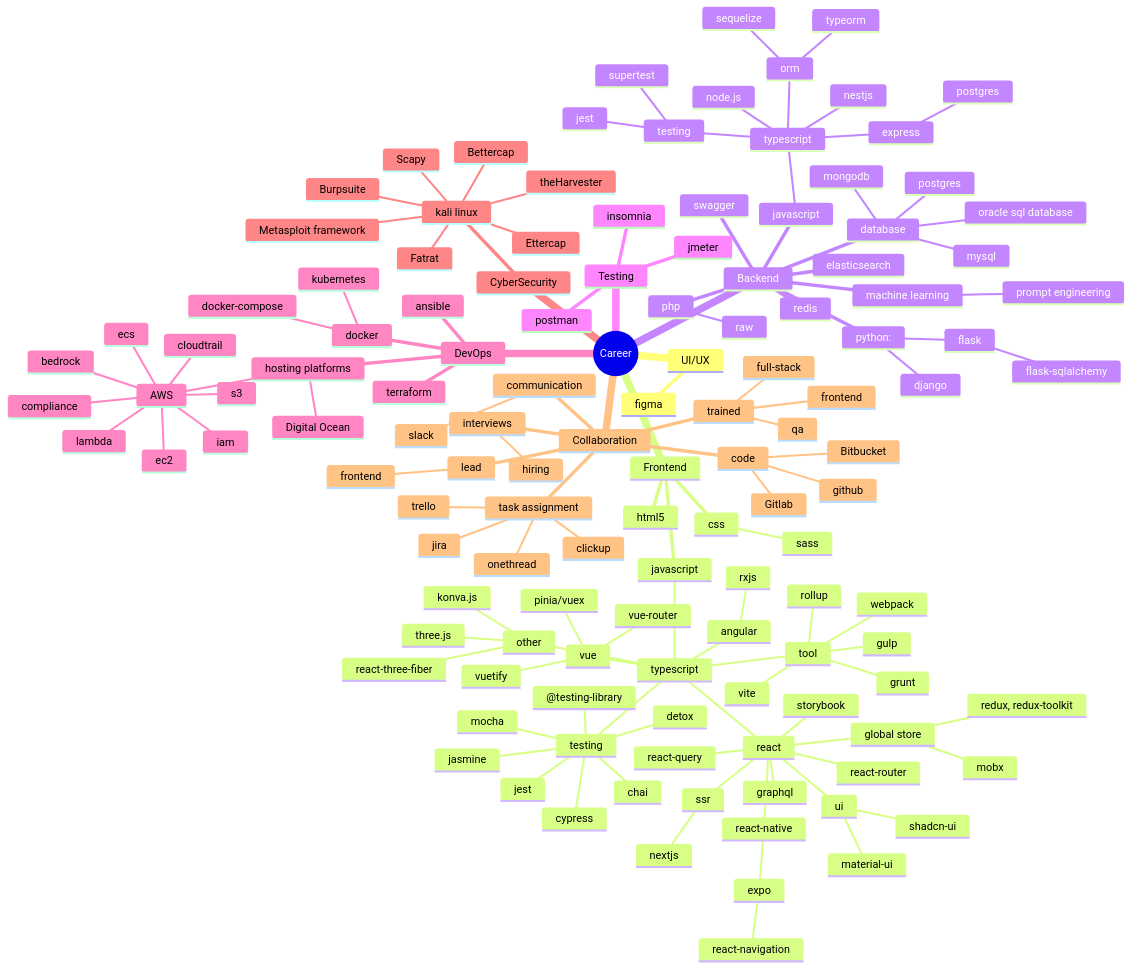
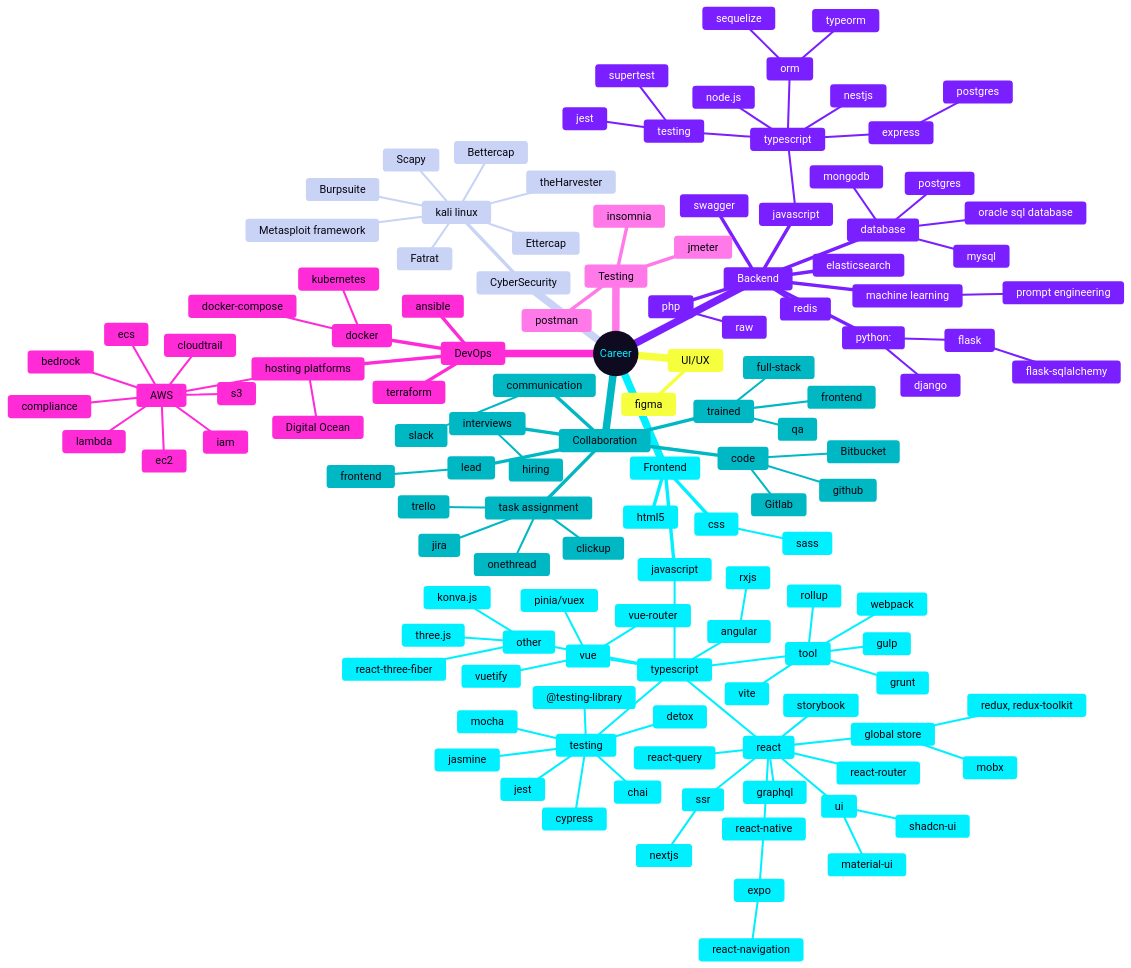
Before and after one commit to mp5maker/mp5maker: the diagram in highlight.md, drawn with Mermaid. The commit also changed 1 other file, not shown here.

Commit message:
:sparkles: feat: cyberpunk skill map
Add a mermaid init directive (base theme, cyberpunk palette) to highlight.md
and regenerate images/highlight.png at 2260x1824 from it.

````diff
--- a/highlight.md
+++ b/highlight.md
@@ -1,4 +1,52 @@
 ```mermaid
+%%{init: {
+  "theme": "base",
+  "themeVariables": {
+    "darkMode": true,
+    "background": "#07040F",
+    "fontFamily": "Menlo, Courier New, monospace",
+    "lineColor": "#241A45",
+    "git0": "#0E0A1F",
+    "gitBranchLabel0": "#00F0FF",
+    "cScale0": "#0E0A1F",
+    "cScale1": "#F5FF3D",
+    "cScale2": "#00F0FF",
+    "cScale3": "#7A1FFF",
+    "cScale4": "#FF7AE8",
+    "cScale5": "#FF2BD6",
+    "cScale6": "#C8D3F5",
+    "cScale7": "#00B8C4",
+    "cScale8": "#F5FF3D",
+    "cScale9": "#00F0FF",
+    "cScale10": "#7A1FFF",
+    "cScale11": "#FF2BD6",
+    "cScaleLabel0": "#00F0FF",
+    "cScaleLabel1": "#07040F",
+    "cScaleLabel2": "#07040F",
+    "cScaleLabel3": "#FFFFFF",
+    "cScaleLabel4": "#07040F",
+    "cScaleLabel5": "#07040F",
+    "cScaleLabel6": "#07040F",
+    "cScaleLabel7": "#07040F",
+    "cScaleLabel8": "#07040F",
+    "cScaleLabel9": "#07040F",
+    "cScaleLabel10": "#FFFFFF",
+    "cScaleLabel11": "#07040F",
+    "cScaleInv0": "#00F0FF",
+    "cScaleInv1": "#07040F",
+    "cScaleInv2": "#07040F",
+    "cScaleInv3": "#07040F",
+    "cScaleInv4": "#07040F",
+    "cScaleInv5": "#07040F",
+    "cScaleInv6": "#07040F",
+    "cScaleInv7": "#07040F",
+    "cScaleInv8": "#07040F",
+    "cScaleInv9": "#07040F",
+    "cScaleInv10": "#07040F",
+    "cScaleInv11": "#07040F"
+  },
+  "themeCSS": ".section-root circle, .section--1 circle { stroke: #00F0FF; stroke-width: 4px; }"
+}}%%
 mindmap
 root((Career))
   UI/UX
````
